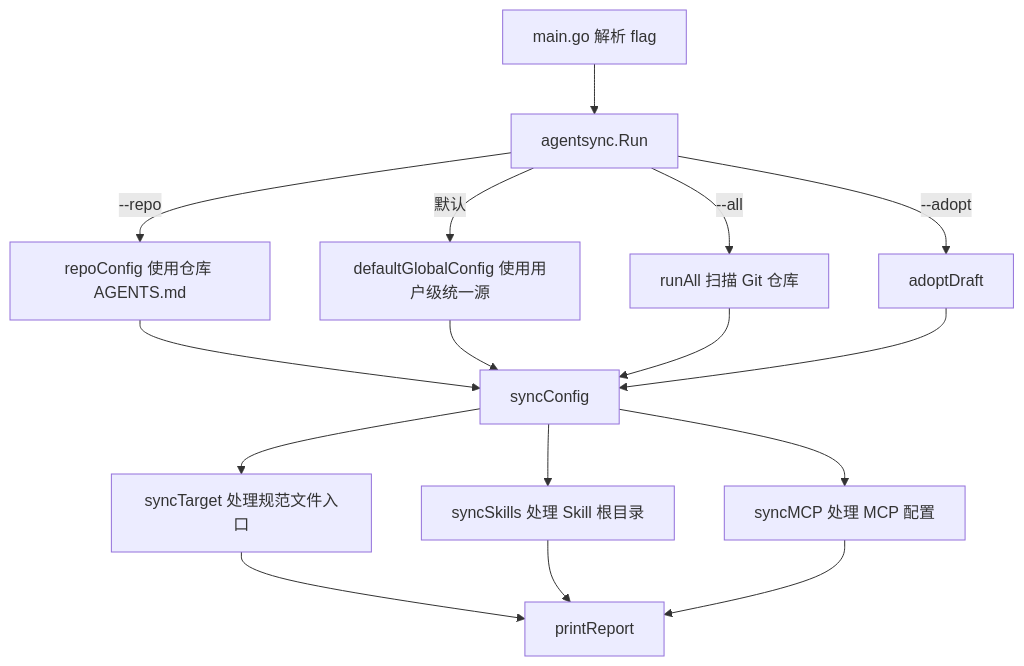
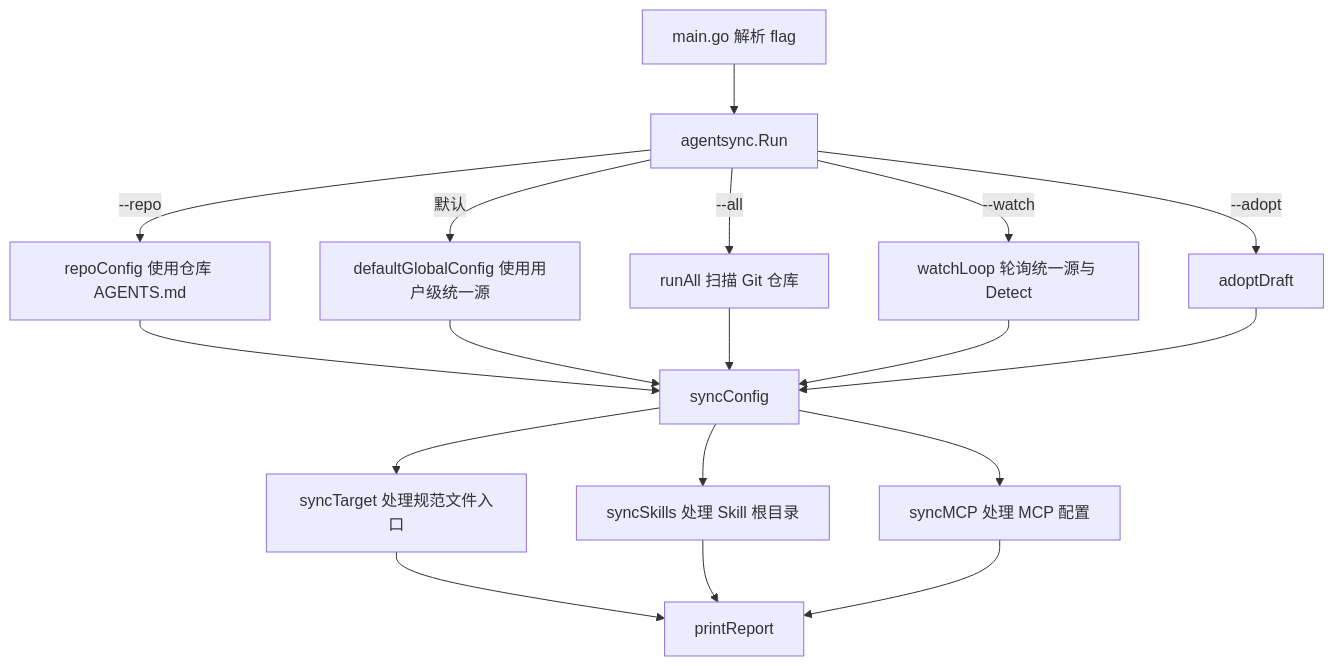
One commit to x0c/agentsync changed the diagram in docs/AGENTSYNC_GUIDE.md. Above: the diagram before and after it, drawn with Mermaid. The commit also changed other lines of this file and 11 other files, not shown here.

````diff
--- a/docs/AGENTSYNC_GUIDE.md
+++ b/docs/AGENTSYNC_GUIDE.md
@@ -20,18 +21,20 @@
 ```mermaid
 flowchart TD
     A[main.go 解析 flag] --> B[agentsync.Run]
     B -->|--all| C[runAll 扫描 Git 仓库]
     B -->|--repo| D[repoConfig 使用仓库 AGENTS.md]
+    B -->|--watch| W[watchLoop 轮询统一源与 Detect]
     B -->|默认| E[defaultGlobalConfig 使用用户级统一源]
     D --> F[syncConfig]
     E --> F
     C --> F
+    W --> F
     B -->|--adopt| G[adoptDraft]
     G --> F
     F --> H[syncTarget 处理规范文件入口]
     F --> I[syncSkills 处理 Skill 根目录]
     F --> K[syncMCP 处理 MCP 配置]
     H --> J[printReport]
     I --> J
     K --> J
 ```
````
